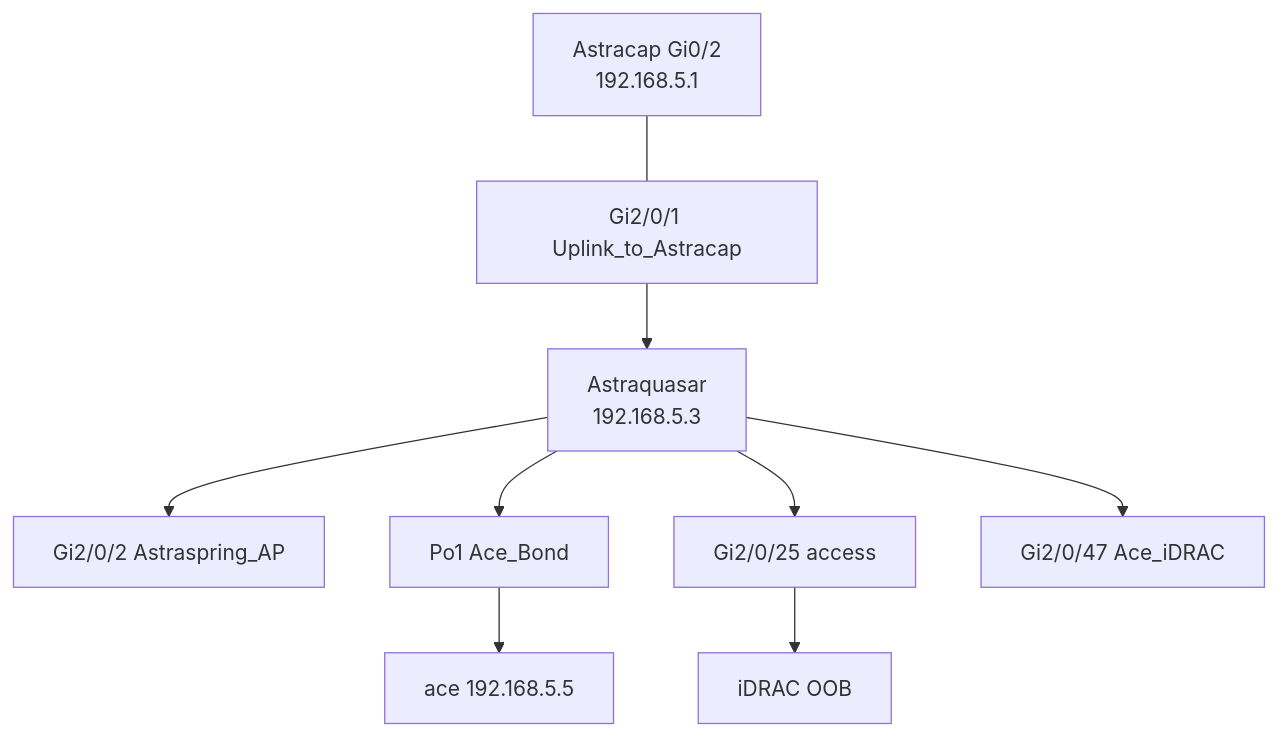
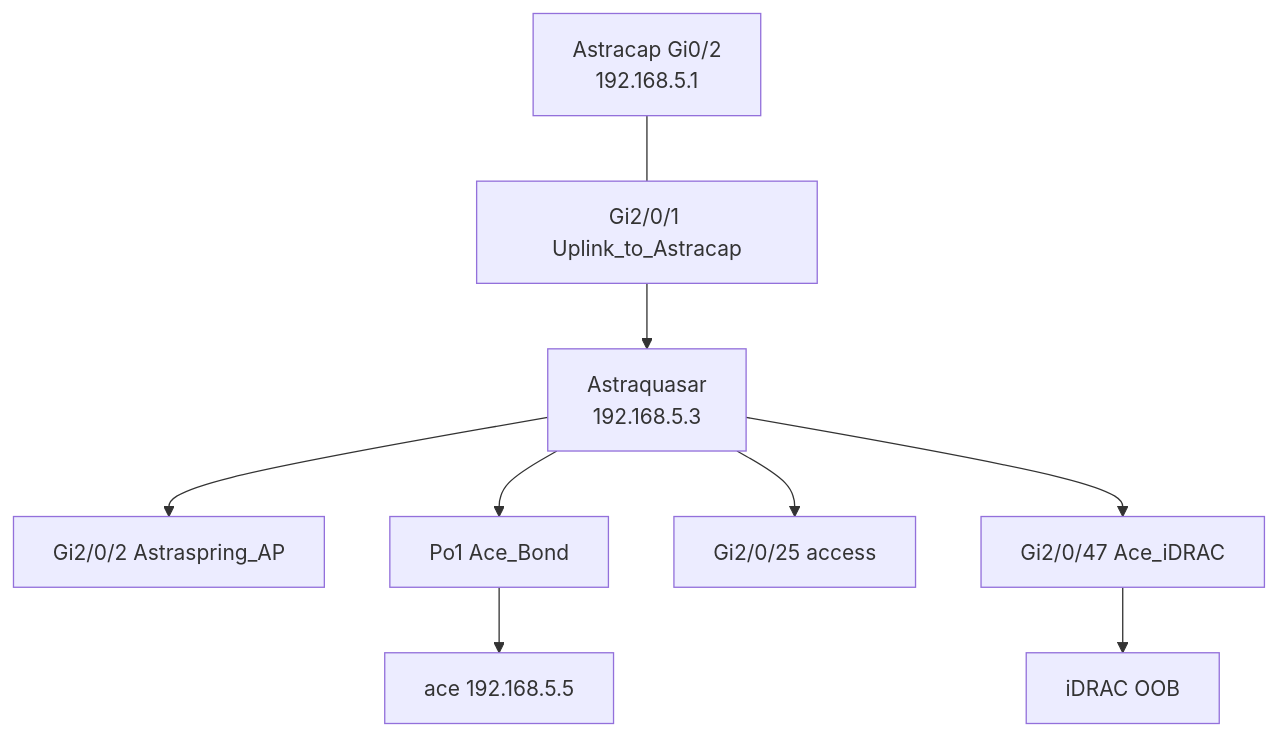
Before and after one commit to PrestonHager/nixos-configs: the diagram in docs/network-astraquasar-switch.md, drawn with Mermaid. The commit also changed other lines of this file and 8 other files, not shown here.

````diff
--- a/docs/network-astraquasar-switch.md
+++ b/docs/network-astraquasar-switch.md
@@ -19,18 +19,18 @@
 ```mermaid
 flowchart TB
   R["Astracap Gi0/2<br/>192.168.5.1"]
   SW["Astraquasar<br/>192.168.5.3"]
   U["Gi2/0/1 Uplink_to_Astracap"]
   AP["Gi2/0/2 Astraspring_AP"]
   Po["Po1 Ace_Bond"]
   Ace["ace 192.168.5.5"]
   P25["Gi2/0/25 access"]
   P47["Gi2/0/47 Ace_iDRAC"]
   Host["iDRAC OOB"]
 
   R --- U --> SW
   SW --> AP
   SW --> Po --> Ace
-  SW --> P25 --> Host
-  SW --> P47
+  SW --> P25
+  SW --> P47 --> Host
 ```
````
